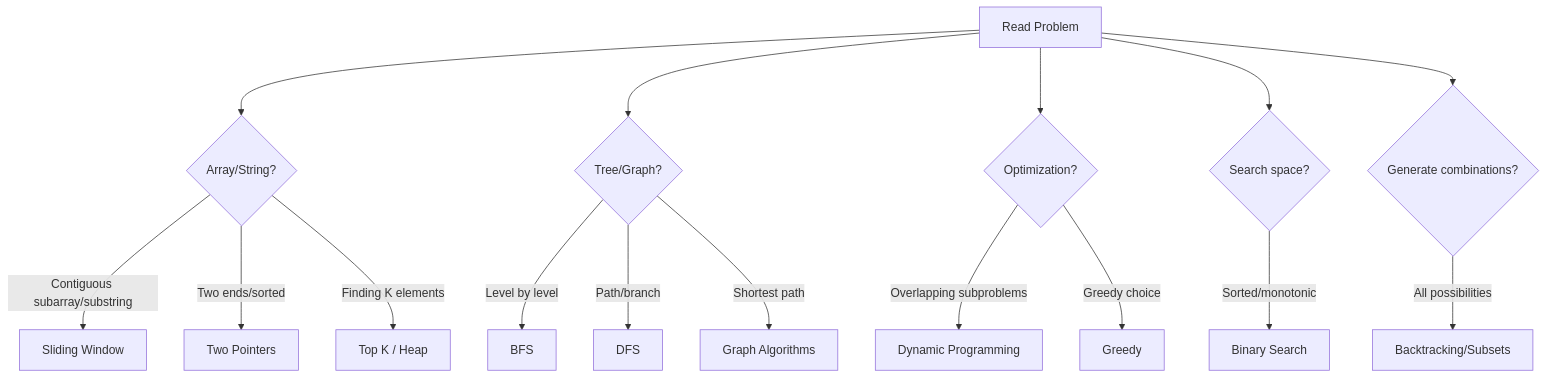
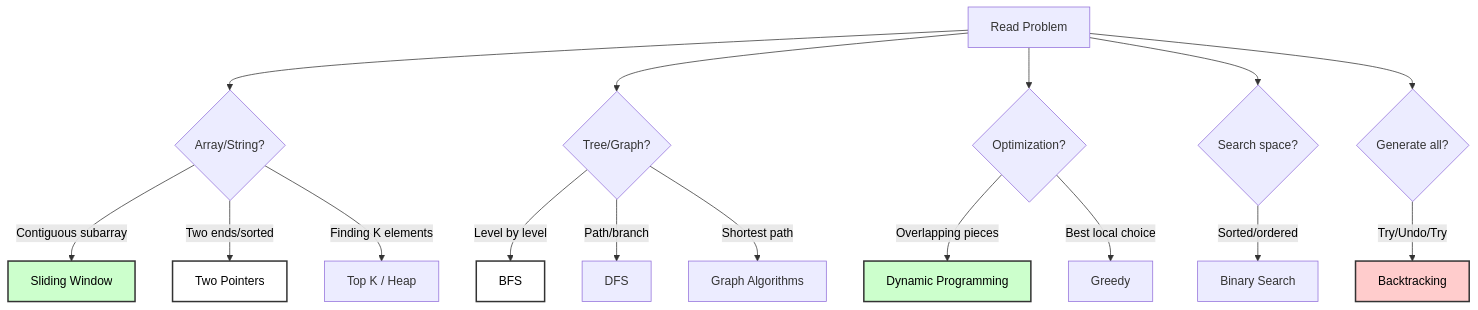
Before and after one commit to ankushtagore/dsa-coding-patterns: the diagram in README.md, drawn with Mermaid. The commit also changed other lines of this file and 7 other files, not shown here.

````diff
--- a/README.md
+++ b/README.md
@@ -55,22 +24,30 @@
 ```mermaid
 flowchart TD
     A[Read Problem] --> B{Array/String?}
-    B -->|Contiguous subarray/substring| C[Sliding Window]
+    B -->|Contiguous subarray| C[Sliding Window]
     B -->|Two ends/sorted| D[Two Pointers]
     B -->|Finding K elements| E[Top K / Heap]
     
     A --> F{Tree/Graph?}
     F -->|Level by level| G[BFS]
     F -->|Path/branch| H[DFS]
     F -->|Shortest path| I[Graph Algorithms]
     
     A --> J{Optimization?}
-    J -->|Overlapping subproblems| K[Dynamic Programming]
-    J -->|Greedy choice| L[Greedy]
+    J -->|Overlapping pieces| K[Dynamic Programming]
+    J -->|Best local choice| L[Greedy]
     
     A --> M{Search space?}
-    M -->|Sorted/monotonic| N[Binary Search]
+    M -->|Sorted/ordered| N[Binary Search]
     
-    A --> O{Generate combinations?}
-    O -->|All possibilities| P[Backtracking/Subsets]
+    A --> O{Generate all?}
+    O -->|Try/Undo/Try| P[Backtracking]
+
+    style C fill:#ccffcc,stroke:#333,stroke-width:2px,color:#000
+    style D fill:#ffffff,stroke:#333,stroke-width:2px,color:#000
+    style K fill:#ccffcc,stroke:#333,stroke-width:2px,color:#000
+    style G fill:#ffffff,stroke:#333,stroke-width:2px,color:#000
+    style P fill:#ffcccc,stroke:#333,stroke-width:2px,color:#000
+
+    linkStyle default color:#000,stroke:#333
 ```
````
